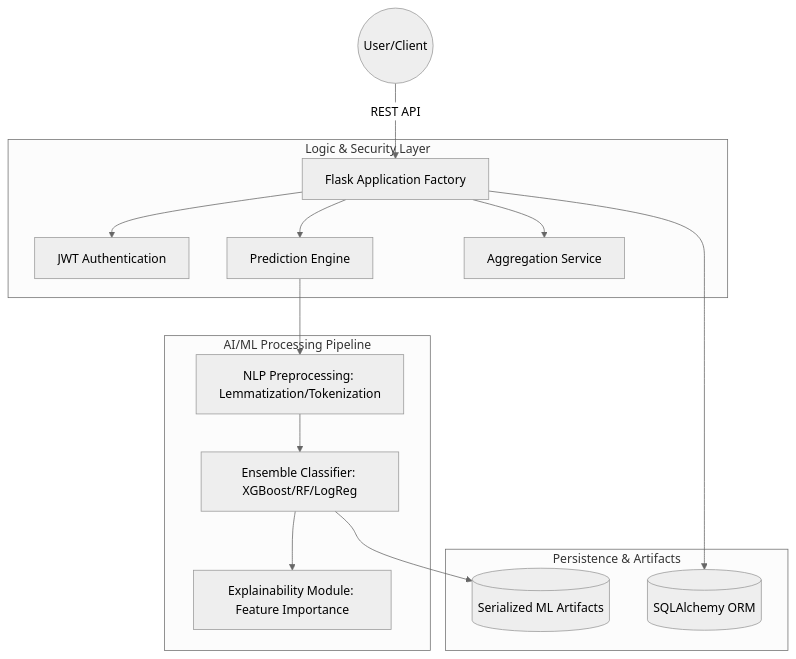
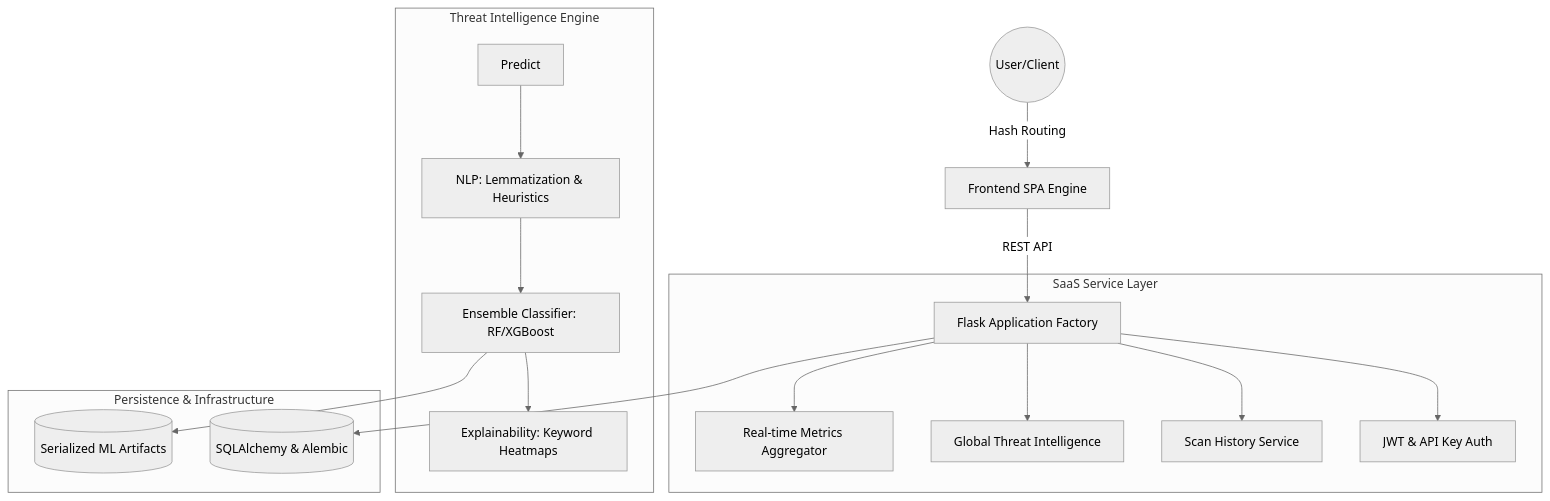
The diagram in README.md (Romil157/sentinel), drawn with Mermaid (neutral theme) before and after one commit. The commit also changed other lines of this file and 17 other files, not shown here.

Commit message:
Implement Phase 3: SaaS Transformation and SPA architecture

````diff
--- a/README.md
+++ b/README.md
@@ -15,21 +15,23 @@
 ```mermaid
 graph TD
-    User((User/Client)) -->|REST API| Backend[Flask Application Factory]
+    User((User/Client)) -->|Hash Routing| SPA[Frontend SPA Engine]
+    SPA -->|REST API| Backend[Flask Application Factory]
     
-    subgraph "Logic & Security Layer"
-        Backend --> Auth[JWT Authentication]
-        Backend --> Predict[Prediction Engine]
-        Backend --> Analytics[Aggregation Service]
+    subgraph "SaaS Service Layer"
+        Backend --> Auth[JWT & API Key Auth]
+        Backend --> History[Scan History Service]
+        Backend --> Feed[Global Threat Intelligence]
+        Backend --> Analytics[Real-time Metrics Aggregator]
     end
 
-    subgraph "AI/ML Processing Pipeline"
-        Predict --> Preprocess[NLP Preprocessing: Lemmatization/Tokenization]
-        Preprocess --> Ensemble[Ensemble Classifier: XGBoost/RF/LogReg]
-        Ensemble --> XAI[Explainability Module: Feature Importance]
+    subgraph "Threat Intelligence Engine"
+        Predict --> Preprocess[NLP: Lemmatization & Heuristics]
+        Preprocess --> Ensemble[Ensemble Classifier: RF/XGBoost]
+        Ensemble --> XAI[Explainability: Keyword Heatmaps]
     end
 
-    subgraph "Persistence & Artifacts"
-        Backend --> DB[(SQLAlchemy ORM)]
+    subgraph "Persistence & Infrastructure"
+        Backend --> DB[(SQLAlchemy & Alembic)]
         Ensemble --> Models[(Serialized ML Artifacts)]
     end
 ```
````
